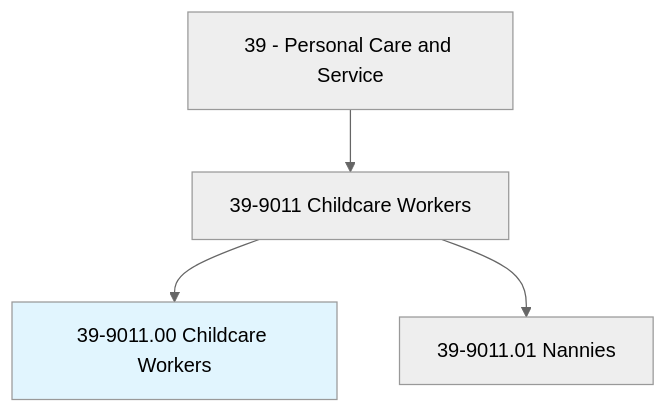
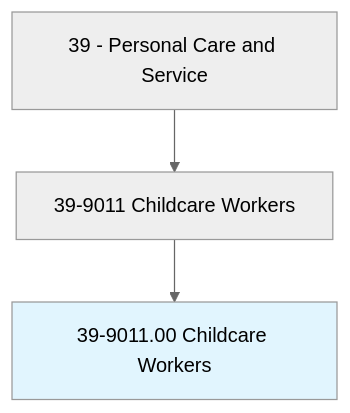
Before and after one commit to kziemski/business.org.ai: the first of 4 diagrams in occupations/PersonalService/ChildcareWorkers.mdx, drawn with Mermaid (neutral theme). The commit also changed other lines of this file and 938 other files, not shown here.

````diff
--- a/occupations/PersonalService/ChildcareWorkers.mdx
+++ b/occupations/PersonalService/ChildcareWorkers.mdx
@@ -19,7 +23,6 @@
 ```mermaid
 graph TD
     Cat39["39 - Personal Care and Service"] --> Group399011["39-9011 Childcare Workers"]
     Group399011 --> Current["39-9011.00 Childcare Workers"]
     style Current fill:#e1f5fe
-    Group399011 --> V39901101["39-9011.01 Nannies"]
 ```
````
